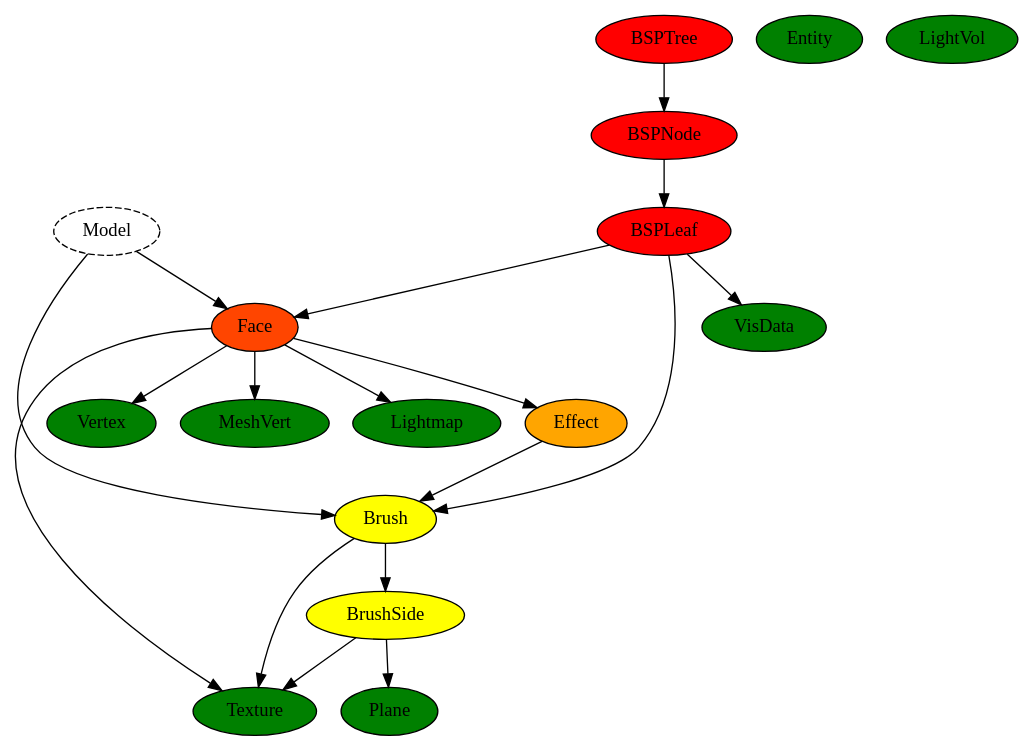
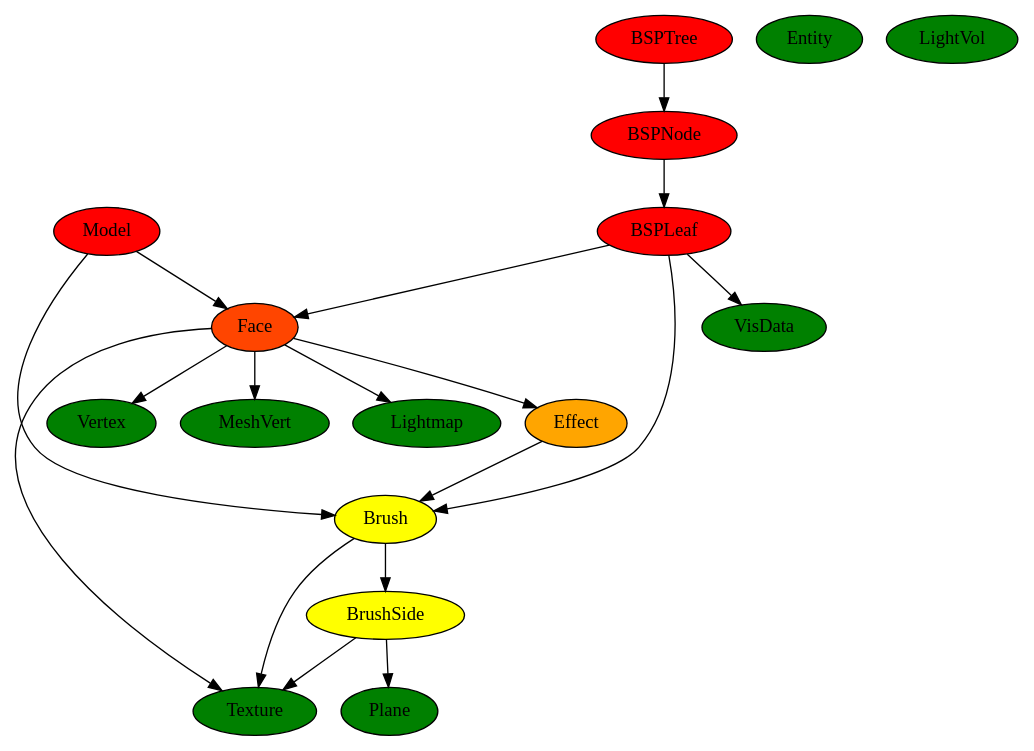
The diagram in structure.dot (tcmal/rust-bsp), drawn with Graphviz before and after one commit. The commit also changed 9 other files, not shown here.

```diff
--- a/structure.dot
+++ b/structure.dot
@@ -1,28 +1,27 @@
 digraph G {
     "Brush" -> "Texture"
     "Brush" -> "BrushSide"
     "BrushSide" -> "Plane"
     "BrushSide" -> "Texture"
     "Effect" -> "Brush"
     "Entity"
     "LightVol"
     "Face" -> "Texture"
     "Face" -> "Effect"
     "Face" -> "Vertex"
     "Face" -> "MeshVert"
     "Face" -> "Lightmap"
     "BSPTree" -> "BSPNode"
     "BSPNode" -> "BSPLeaf"
     "BSPLeaf" -> "Face"
     "BSPLeaf" -> "Brush"
     "BSPLeaf" -> "VisData"
     "Model" -> "Face"
     "Model" -> "Brush"
 
     Entity, Texture, Plane, Vertex, MeshVert, Lightmap, LightVol, VisData [ style=filled, fillcolor = green ]
     Brush, BrushSide [ style = filled, fillcolor = yellow ]
     Effect [ style = filled, fillcolor = orange ]
     Face [ style = filled, fillcolor = orangered ]
     BSPLeaf, BSPNode, BSPTree, Model [ style = filled, fillcolor = red ]
-    Model [ style = dashed ]
 }
```
